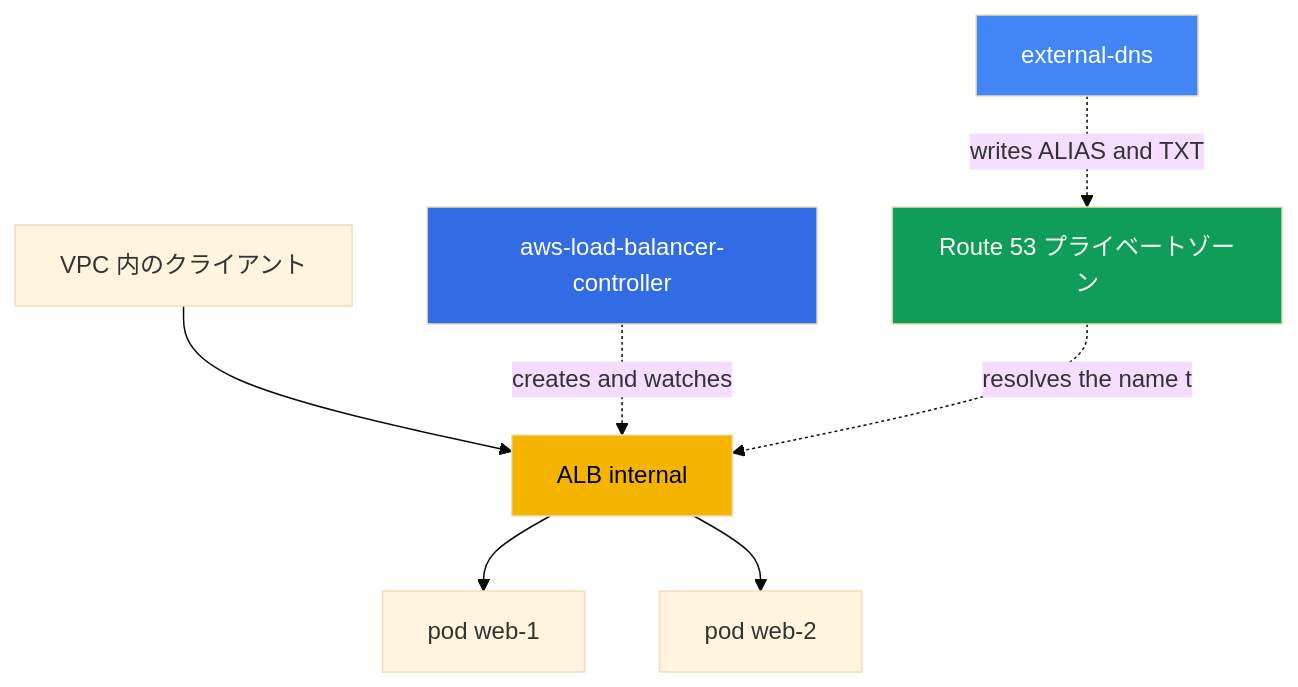
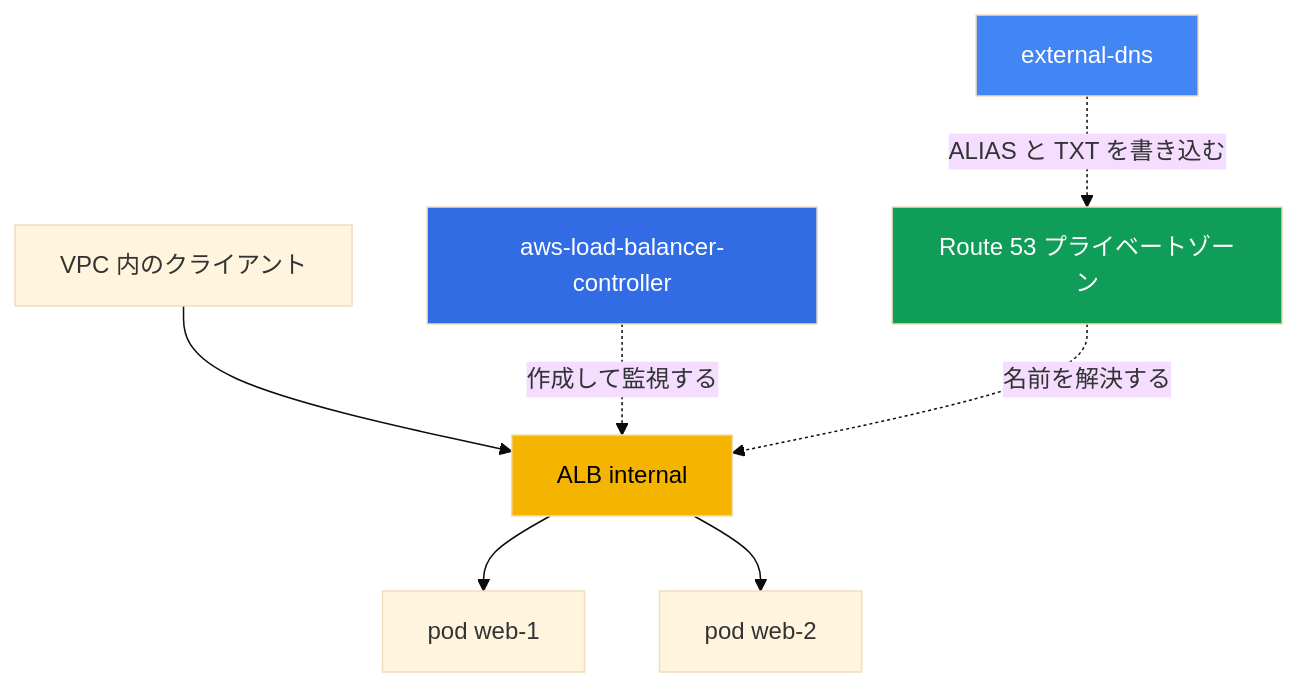
One commit to ViktorUJ/cks changed the first of 2 diagrams in tasks/eks/labs/109/README_JP.MD. Above: the diagram before and after it, drawn with Mermaid (base theme). The commit also changed 221 other files, not shown here.

````diff
--- a/tasks/eks/labs/109/README_JP.MD
+++ b/tasks/eks/labs/109/README_JP.MD
@@ -49,20 +49,20 @@
 ```mermaid
 flowchart TB
     client["VPC 内のクライアント"]
     alb["ALB internal"]
     lbc["aws-load-balancer-controller"]
     pod1["pod web-1"]
     pod2["pod web-2"]
     extdns["external-dns"]
     r53["Route 53 プライベートゾーン"]
     client --> alb
     alb --> pod1
     alb --> pod2
-    lbc -.creates and watches.-> alb
-    extdns -.writes ALIAS and TXT.-> r53
-    r53 -.resolves the name to.-> alb
+    lbc -."作成して監視する".-> alb
+    extdns -."ALIAS と TXT を書き込む".-> r53
+    r53 -."名前を解決する".-> alb
     style alb fill:#f4b400,color:#000
     style lbc fill:#326ce5,color:#fff
     style extdns fill:#4285f4,color:#fff
     style r53 fill:#0f9d58,color:#fff
 ```
````
